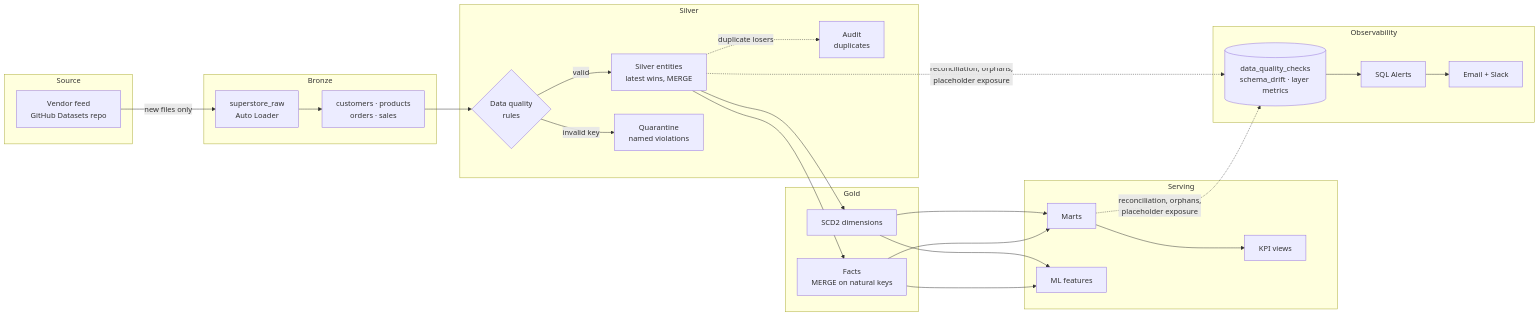
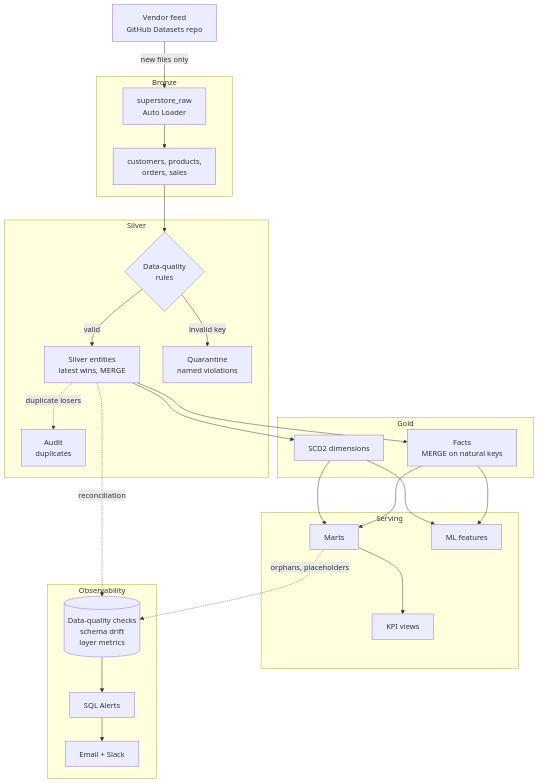
The diagram in README.md (111BM/databricks-lakehouse-platform), drawn with Mermaid before and after one commit. The commit also changed 1 other file, not shown here.

Commit message:
Make every diagram label readable
Long task names wrap at underscores instead of being clipped, phase titles are shorter, and the README architecture diagram reads top to bottom so it stays legible at GitHub's page width. Checked in a browser render.

````diff
--- a/README.md
+++ b/README.md
@@ -26,45 +26,44 @@
 ```mermaid
-flowchart LR
-    subgraph SRC[Source]
-        FEED[Vendor feed<br/>GitHub Datasets repo]
-    end
+flowchart TB
+    FEED[Vendor feed<br/>GitHub Datasets repo]
 
     subgraph BRONZE[Bronze]
         RAW[superstore_raw<br/>Auto Loader]
-        ENT[customers · products<br/>orders · sales]
+        ENT[customers, products,<br/>orders, sales]
     end
 
     subgraph SILVER[Silver]
-        DQ{Data quality<br/>rules}
+        DQ{Data-quality<br/>rules}
         SLV[Silver entities<br/>latest wins, MERGE]
         QUA[Quarantine<br/>named violations]
         AUD[Audit<br/>duplicates]
     end
 
     subgraph GOLD[Gold]
         DIM[SCD2 dimensions]
         FCT[Facts<br/>MERGE on natural keys]
     end
 
     subgraph SERVE[Serving]
         MART[Marts]
         KPI[KPI views]
         FEAT[ML features]
     end
 
     subgraph OBS[Observability]
-        CHK[(data_quality_checks<br/>schema_drift · layer metrics)]
+        CHK[(Data-quality checks<br/>schema drift<br/>layer metrics)]
         ALR[SQL Alerts]
         NOTIFY[Email + Slack]
     end
 
     FEED -->|new files only| RAW --> ENT --> DQ
     DQ -->|valid| SLV
     DQ -->|invalid key| QUA
     SLV -.->|duplicate losers| AUD
     SLV --> DIM & FCT
-    DIM & FCT --> MART --> KPI
-    DIM & FCT --> FEAT
-    SLV & MART -.->|reconciliation, orphans,<br/>placeholder exposure| CHK
+    DIM & FCT --> MART & FEAT
+    MART --> KPI
+    SLV -.->|reconciliation| CHK
+    MART -.->|orphans, placeholders| CHK
     CHK --> ALR --> NOTIFY
 ```
````
